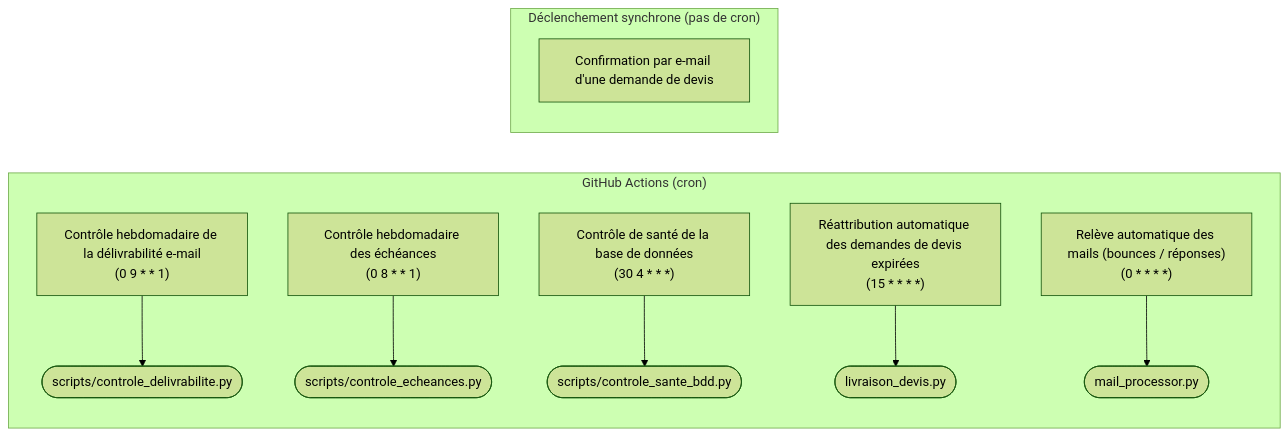
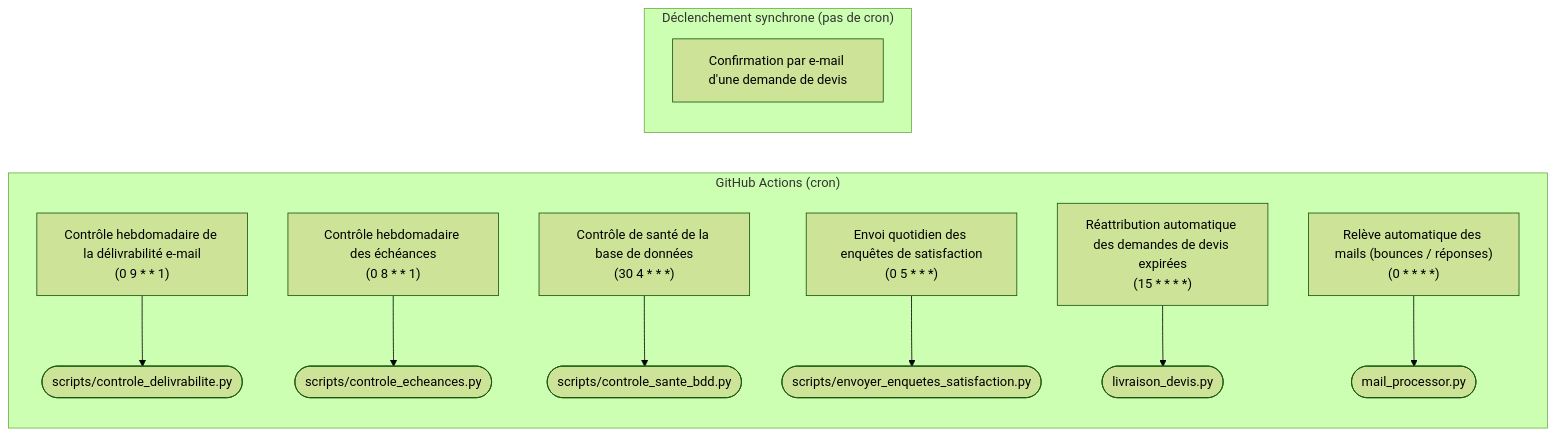
One commit to contactmonagenceiapro-sudo/leads-creator changed the second of 3 diagrams in docs/architecture_globale.md. Above: the diagram before and after it, drawn with Mermaid (forest theme). The commit also changed other lines of this file and 8 other files, not shown here.

````diff
--- a/docs/architecture_globale.md
+++ b/docs/architecture_globale.md
@@ -396,13 +407,14 @@
 ```mermaid
 flowchart LR
     subgraph CRON["GitHub Actions (cron)"]
         controle_delivrabilite_yml["Contrôle hebdomadaire de la délivrabilité e-mail<br/>(0 9 * * 1)"] --> controle_delivrabilite_yml_script(["scripts/controle_delivrabilite.py"])
         controle_echeances_yml["Contrôle hebdomadaire des échéances<br/>(0 8 * * 1)"] --> controle_echeances_yml_script(["scripts/controle_echeances.py"])
         controle_sante_bdd_yml["Contrôle de santé de la base de données<br/>(30 4 * * *)"] --> controle_sante_bdd_yml_script(["scripts/controle_sante_bdd.py"])
+        envoyer_enquetes_satisfaction_yml["Envoi quotidien des enquêtes de satisfaction<br/>(0 5 * * *)"] --> envoyer_enquetes_satisfaction_yml_script(["scripts/envoyer_enquetes_satisfaction.py"])
         livraison_devis_yml["Réattribution automatique des demandes de devis expirées<br/>(15 * * * *)"] --> livraison_devis_yml_script(["livraison_devis.py"])
         mail_check_yml["Relève automatique des mails (bounces / réponses)<br/>(0 * * * *)"] --> mail_check_yml_script(["mail_processor.py"])
     end
     subgraph SYNC["Déclenchement synchrone (pas de cron)"]
         sync_0["Confirmation par e-mail d'une demande de devis"]
     end
 ```
````
